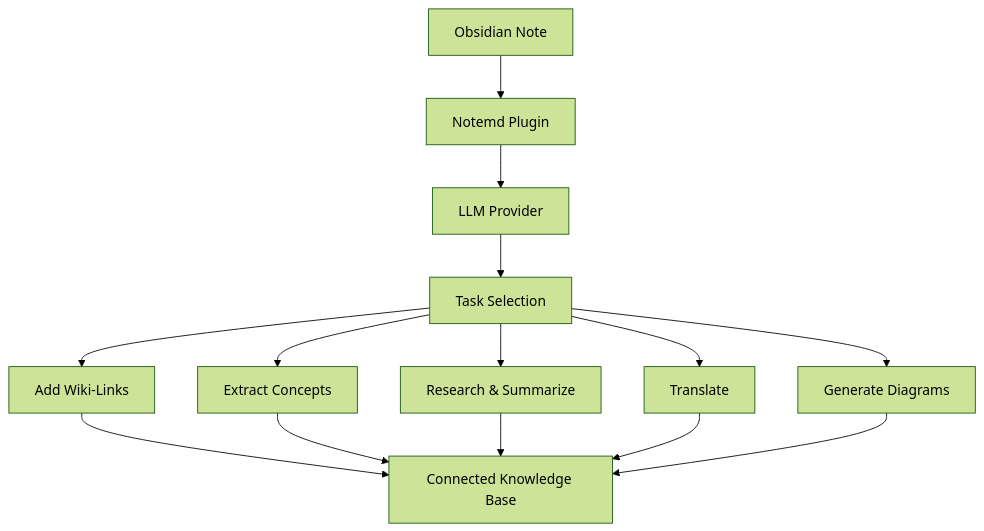
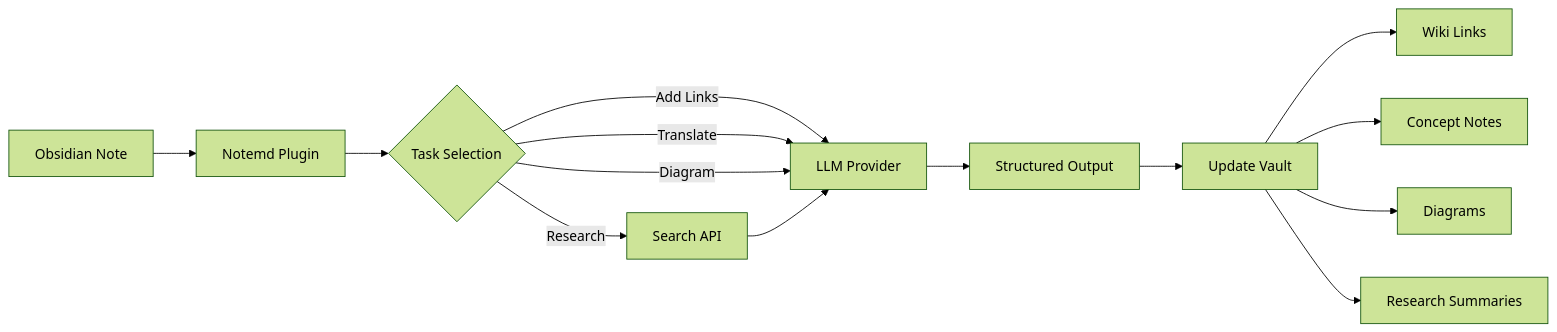
One commit to Jacobinwwey/obsidian-NotEMD changed the second of 2 diagrams in website/i18n/zh-CN/docusaurus-plugin-content-docs/current/intro.mdx. Above: the diagram before and after it, drawn with Mermaid (forest theme). The commit also changed other lines of this file and 12 other files, not shown here.

Commit message:
docs: align website intro and circuit diagram roadmap

````diff
--- a/website/i18n/zh-CN/docusaurus-plugin-content-docs/current/intro.mdx
+++ b/website/i18n/zh-CN/docusaurus-plugin-content-docs/current/intro.mdx
@@ -59,16 +119,16 @@
 ```mermaid
-graph TD
+graph LR
     A[Obsidian Note] --> B[Notemd Plugin]
-    B --> C[LLM Provider]
-    C --> D[Task Selection]
-    D --> E[Add Wiki-Links]
-    D --> F[Extract Concepts]
-    D --> G[Research & Summarize]
-    D --> H[Translate]
-    D --> I[Generate Diagrams]
-    E --> J[Connected Knowledge Base]
-    F --> J
-    G --> J
-    H --> J
-    I --> J
+    B --> C{Task Selection}
+    C -->|Add Links| D[LLM Provider]
+    C -->|Research| E[Search API]
+    C -->|Translate| D
+    C -->|Diagram| D
+    D --> F[Structured Output]
+    E --> D
+    F --> G[Update Vault]
+    G --> H[Wiki Links]
+    G --> I[Concept Notes]
+    G --> J[Diagrams]
+    G --> K[Research Summaries]
 ```
````
